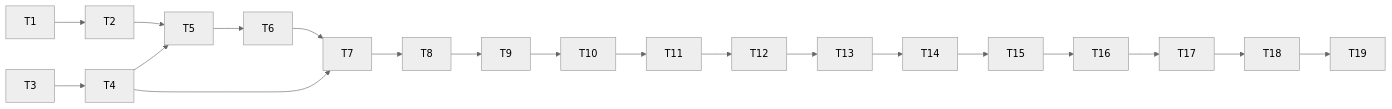
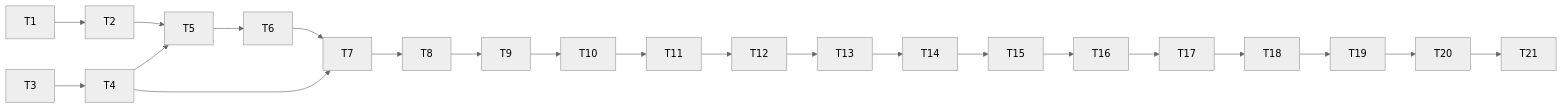
The diagram in docs/沙箱黑盒入口与上下文复用20261008/TASK_沙箱黑盒入口与上下文复用.md (OUTLElijiadong/llm-agent-code-review), drawn with Mermaid (neutral theme) before and after one commit. The commit also changed other lines of this file and 16 other files, not shown here.

````diff
--- a/docs/沙箱黑盒入口与上下文复用20261008/TASK_沙箱黑盒入口与上下文复用.md
+++ b/docs/沙箱黑盒入口与上下文复用20261008/TASK_沙箱黑盒入口与上下文复用.md
@@ -28,22 +30,24 @@
 ```mermaid
 flowchart LR
   T1 --> T2
   T3 --> T4
   T2 --> T5
   T4 --> T5
   T5 --> T6
   T4 --> T7
   T6 --> T7
   T7 --> T8
   T8 --> T9
   T9 --> T10
   T10 --> T11
   T11 --> T12
   T12 --> T13
   T13 --> T14
   T14 --> T15
   T15 --> T16
   T16 --> T17
   T17 --> T18
   T18 --> T19
+  T19 --> T20
+  T20 --> T21
 ```
````
